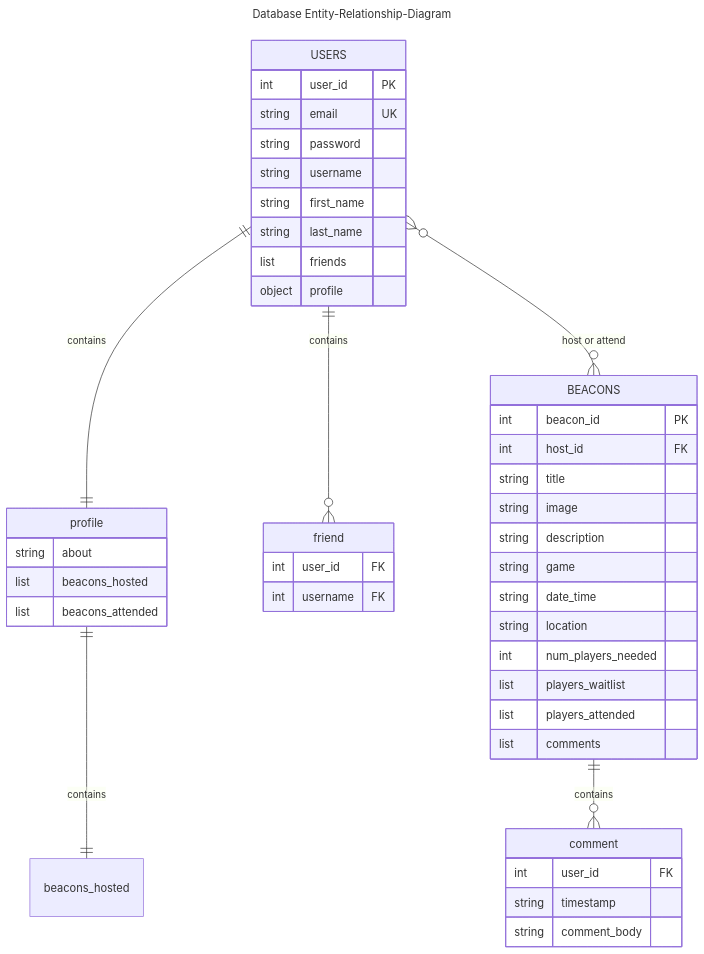
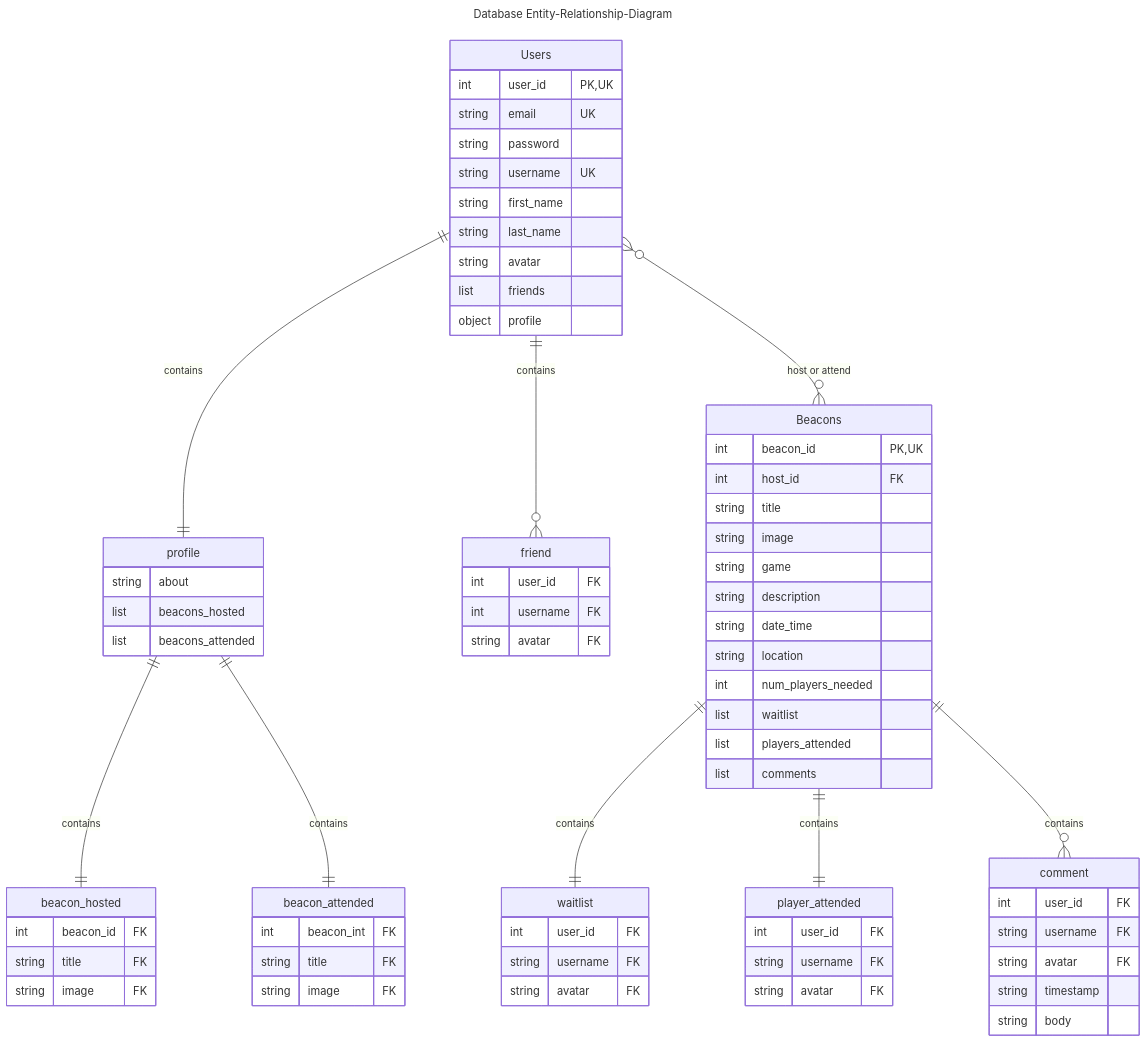
Before and after one commit to jenniferlieu/project-lomo-in-person-gaming-app: the diagram in documentation/docs/system-architecture/erddiagrams.md, drawn with Mermaid. The commit also changed other lines of this file and 1 other file, not shown here.

Commit message:
Complete database diagram

````diff
--- a/documentation/docs/system-architecture/erddiagrams.md
+++ b/documentation/docs/system-architecture/erddiagrams.md
@@ -10,53 +10,83 @@
 title: Database Entity-Relationship-Diagram
 ---
 erDiagram
-    USERS { 
-        int user_id PK
+    Users { 
+        int user_id PK, UK
         string email UK
         string password
-        string username
+        string username UK
         string first_name
         string last_name
+        string avatar
         list friends
         object profile
     }
 
-    USERS ||--|| profile : contains
+    Users ||--|| profile : contains
     profile {
         string about
         list beacons_hosted
         list beacons_attended
     }
 
-    profile ||--|| beacons_hosted : contains
+    profile ||--|| beacon_hosted : contains
+    beacon_hosted {
+        int beacon_id FK
+        string title FK
+        string image FK
+    }
 
+    profile ||--|| beacon_attended : contains
+    beacon_attended {
+        int beacon_int FK
+        string title FK
+        string image FK
+    }
 
-    USERS ||--o{ friend : contains
+    Users ||--o{ friend : contains
     friend {
         int user_id FK
         int username FK
+        string avatar FK
     }
 
-    USERS }o--o{ BEACONS : "host or attend"
-    BEACONS {
-        int beacon_id PK
+    Users }o--o{ Beacons : "host or attend"
+    Beacons {
+        int beacon_id PK, UK
         int host_id FK
         string title
         string image
+        string game
         string description
-        string game
         string date_time
         string location
         int num_players_needed
-        list players_waitlist
+        list waitlist
         list players_attended
         list comments
     }
 
-    BEACONS ||--o{ comment : contains
+    Beacons ||--|| waitlist : contains
+    waitlist {
+        int user_id FK
+        string username FK
+        string avatar FK
+    }
+
+    Beacons ||--|| player_attended : contains
+    player_attended {
+        int user_id FK
+        string username FK
+        string avatar FK
+    }
+
+
+    Beacons ||--o{ comment : contains
     comment {
         int user_id FK
+        string username FK
+        string avatar FK
         string timestamp
-        string comment_body
+        string body
     }
 ```
````
